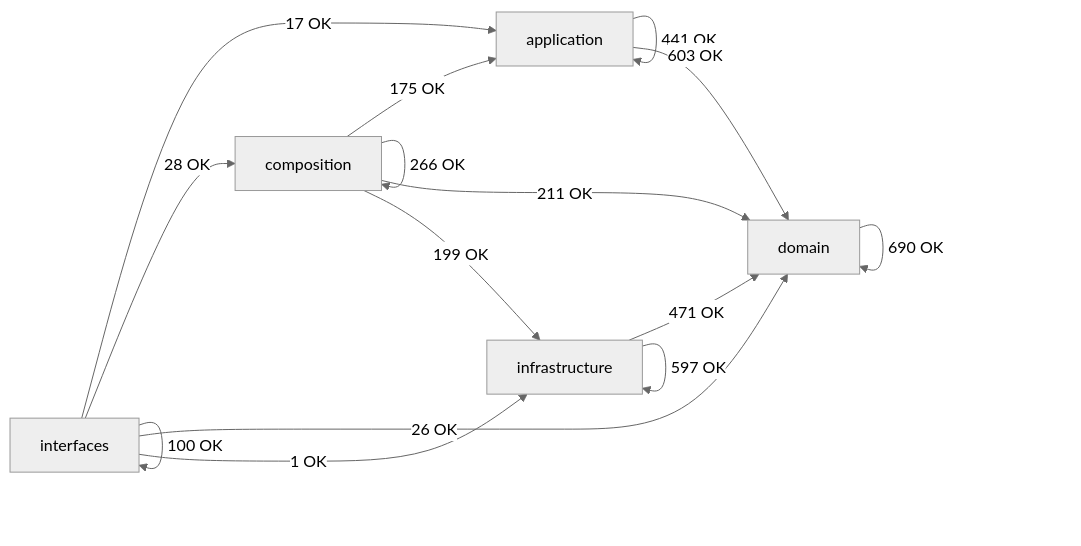
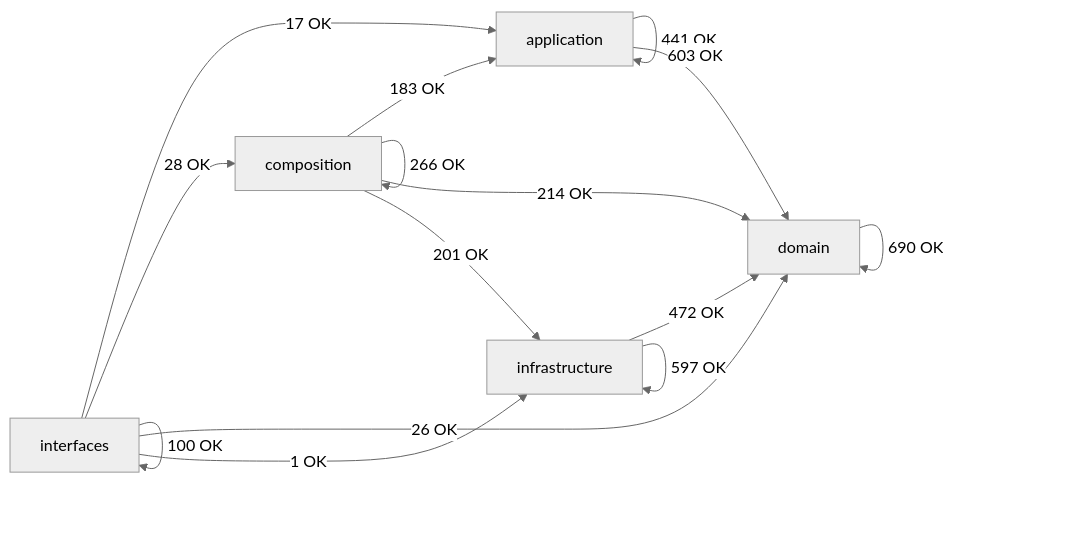
One commit to SatoryKono/BioactivityDataAcquisition changed the diagram in docs/02-architecture/generated/module-dependency-map.md. Above: the diagram before and after it, drawn with Mermaid (neutral theme). The commit also changed other lines of this file and 5 other files, not shown here.

````diff
--- a/docs/02-architecture/generated/module-dependency-map.md
+++ b/docs/02-architecture/generated/module-dependency-map.md
@@ -16,22 +16,22 @@
 ```mermaid
 flowchart LR
     domain[domain]
     application[application]
     infrastructure[infrastructure]
     composition[composition]
     interfaces[interfaces]
     application -->|441 OK| application
     application -->|603 OK| domain
-    composition -->|175 OK| application
+    composition -->|183 OK| application
     composition -->|266 OK| composition
-    composition -->|211 OK| domain
-    composition -->|199 OK| infrastructure
+    composition -->|214 OK| domain
+    composition -->|201 OK| infrastructure
     domain -->|690 OK| domain
-    infrastructure -->|471 OK| domain
+    infrastructure -->|472 OK| domain
     infrastructure -->|597 OK| infrastructure
     interfaces -->|17 OK| application
     interfaces -->|28 OK| composition
     interfaces -->|26 OK| domain
     interfaces -->|1 OK| infrastructure
     interfaces -->|100 OK| interfaces
 ```
````
